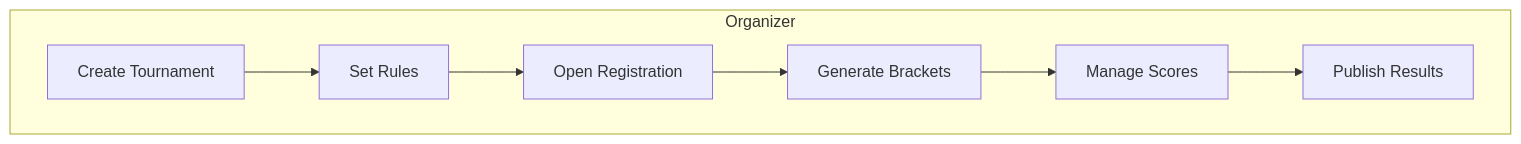
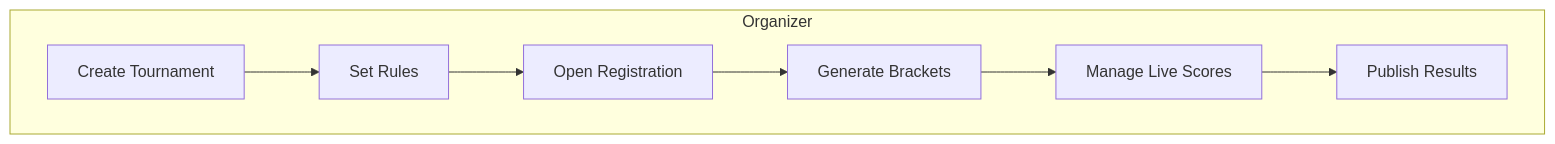
The eighth of 9 diagrams in README.md (dineshrajdhanapathyDD/TurfArena), drawn with Mermaid before and after one commit. The commit also changed other lines of this file and 11 other files, not shown here.

````diff
--- a/README.md
+++ b/README.md
@@ -404,10 +344,10 @@
 ```mermaid
 graph TD
     subgraph Organizer
         OA[Create Tournament] --> OB[Set Rules]
         OB --> OC[Open Registration]
         OC --> OD[Generate Brackets]
-        OD --> OE[Manage Scores]
+        OD --> OE[Manage Live Scores]
         OE --> OF[Publish Results]
     end
 ```
````
